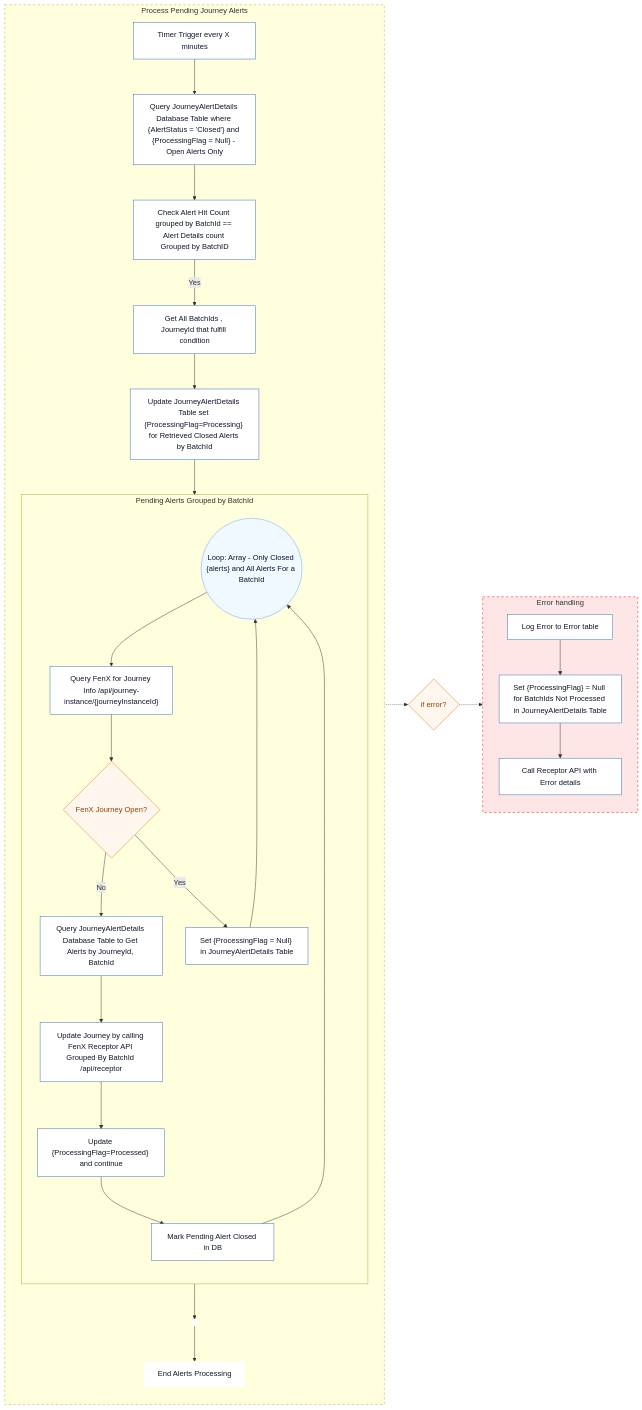
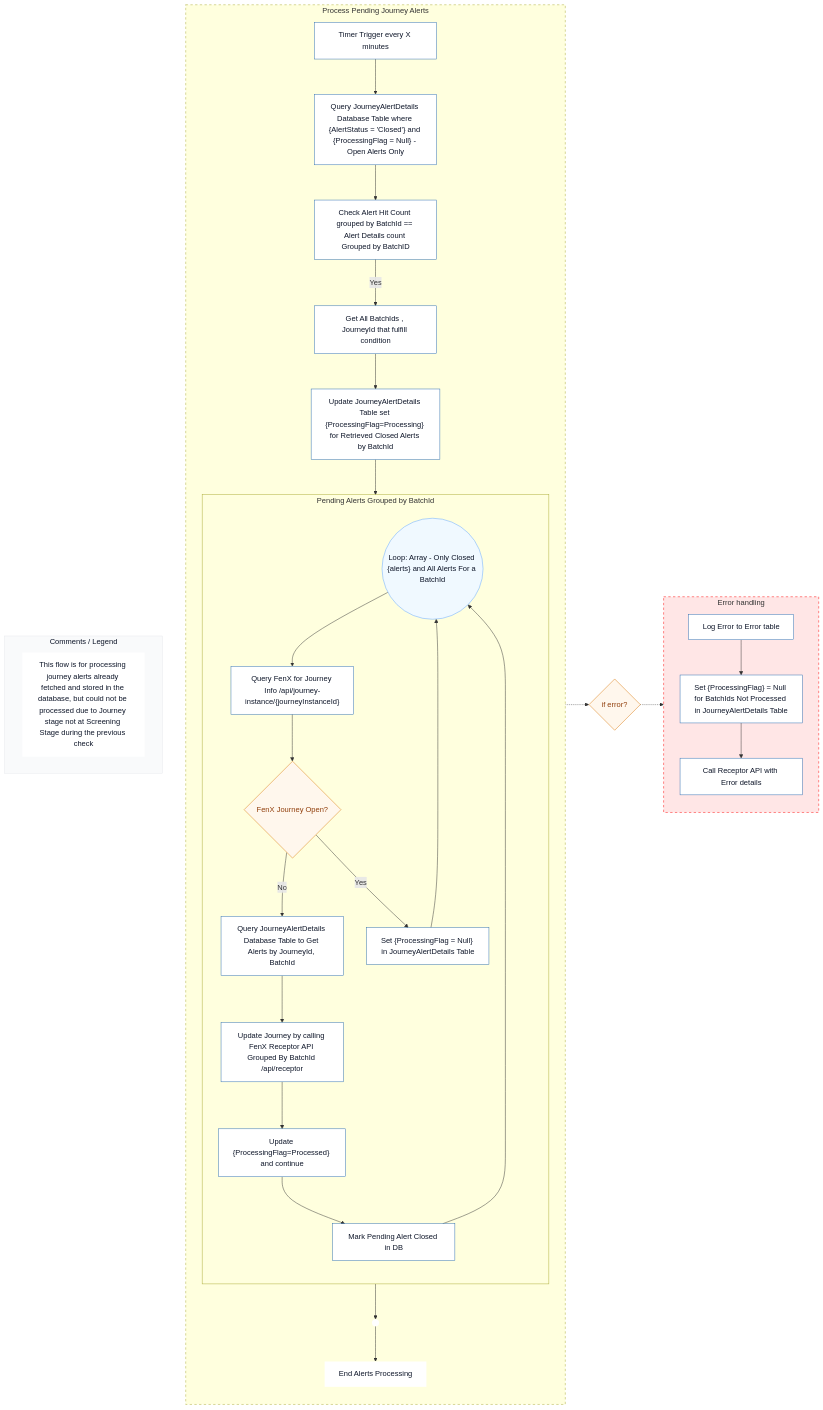
One commit to jojokoshy/Architecture_Diagrams_Python_AI changed the diagram in Arch_Diagrams/v2/AlertFlow2.mmd. Above: the diagram before and after it, drawn with Mermaid. The commit also changed 1 other file, not shown here.

Commit message:
Update flow diagrams: enhance Comments section for clarity and detail

```diff
--- a/Arch_Diagrams/v2/AlertFlow2.mmd
+++ b/Arch_Diagrams/v2/AlertFlow2.mmd
@@ -1,54 +1,61 @@
 %%{init: {"theme":"default","themeVariables": {"background":"#ffffff","fontSize":"14"}}}%%
 flowchart LR
 classDef step fill:#ffffff,stroke:#2b6cb0,color:#0f172a,stroke-width:1px;
 classDef decision fill:#fff7ed,stroke:#d97706,color:#92400e,stroke-width:1px;
 classDef loop fill:#f0f9ff,stroke:#60a5fa,color:#0f172a,stroke-width:1px;
 classDef footer fill:#ffffff,stroke:none,color:#0f172a;
+
+subgraph Comments [Comments / Legend]
+  direction LR
+  style Comments fill:#f9fafb,stroke:#e5e7eb,color:#0f172a,stroke-width:1px;
+  note1["This flow is for processing journey alerts already fetched and stored in the database, but could not be processed due to Journey stage not at Screening Stage during the previous check"]:::footer
+end
 
 %% Pending Alerts Flow
 subgraph MainFlow ["Process Pending Journey Alerts"]
 	direction TB 
 	A1["Timer Trigger every X minutes"]:::step
 	A1 --> A2["Query JourneyAlertDetails Database Table where {AlertStatus = 'Closed'} and {ProcessingFlag = Null} - Open Alerts Only"]:::step
 	A2 --> AlertCheckCondition["Check Alert Hit Count grouped by BatchId == Alert Details count Grouped by BatchID"]:::step
 	%% A3 -->AlertCheckCondition["Check Alert Hit Count grouped by BatchId == Alert Details count Grouped by BatchID"]:::step
 	AlertCheckCondition -->|Yes| A4["Get All BatchIds , JourneyId that fulfill condition"]:::step 
 	A4 --> UpdateAlerts["Update JourneyAlertDetails Table set {ProcessingFlag=Processing} for Retrieved Closed Alerts by BatchId"]:::step
 		
 	UpdateAlerts --> LoopStart(("Loop: Array - Only Closed {alerts} and All Alerts For a BatchId")):::loop
 	%%A2 --> LoopStart((Loop: Pending Alerts)):::loop
 
 	subgraph PendingLoop [Pending Alerts Grouped by BatchId]
 		direction TB
 		LoopStart --> E2["Query FenX for Journey Info /api/journey-instance/{journeyInstanceId}"]:::step
 		E2 --> M{"FenX Journey Open?"}:::decision
 		M -->|No| N0["Query JourneyAlertDetails Database Table to Get Alerts by JourneyId, BatchId"]:::step
 		M -->|Yes| I["Set {ProcessingFlag = Null} in JourneyAlertDetails Table  "]:::step
 		I --> LoopStart
 		N0 --> N1["Update Journey by calling FenX Receptor API Grouped By BatchId /api/receptor"]:::step
 		N1 --> N2["Update {ProcessingFlag=Processed} and continue"]:::step
 		N2 --> N3["Mark Pending Alert Closed in DB"]:::step
 		N3 --> LoopStart
 	end
 	PendingLoop --> BottomAnchor((" "))
 	BottomAnchor --> O["End Alerts Processing"]:::footer
 	class BottomAnchor footer
 end
 style MainFlow stroke-dasharray: 5 5
 
 %% Decision between main and error blocks
 IfError{"if error?"}:::decision
 
 %% Error handling block to the right
 subgraph ErrorHandler ["Error handling"]
   direction TB
   EH1["Log Error to Error table"]:::step
   EH2["Set {ProcessingFlag} = Null for BatchIds Not Processed in JourneyAlertDetails Table"]:::step
   EH3["Call Receptor API with Error details"]:::step
   
   EH1 --> EH2 --> EH3
 end
 
 style ErrorHandler fill:#ffe6e6,stroke:#ff0000,stroke-dasharray: 5 5
 MainFlow -.-> IfError
 IfError -.-> ErrorHandler
+Comments ~~~MainFlow
```
